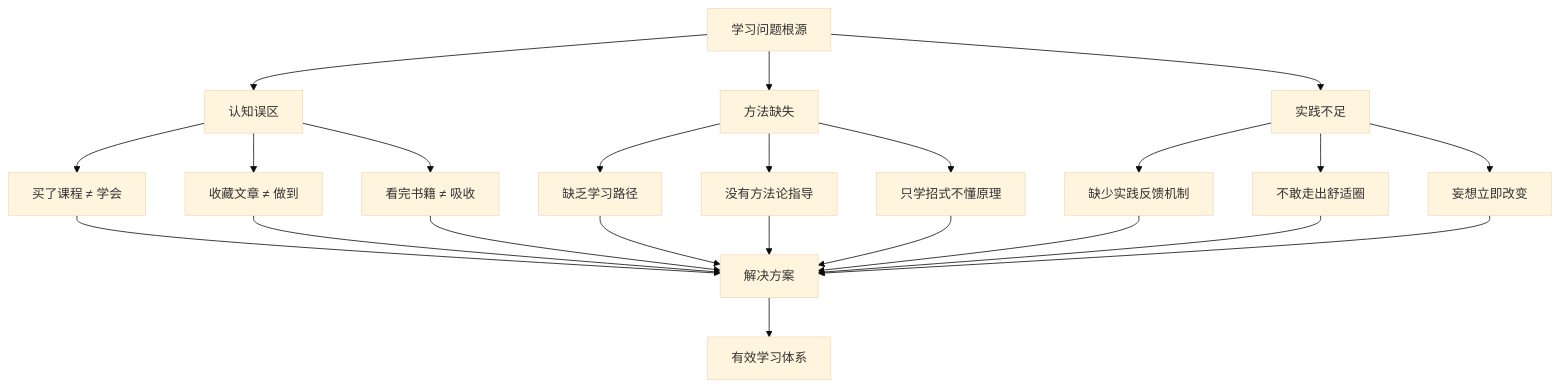
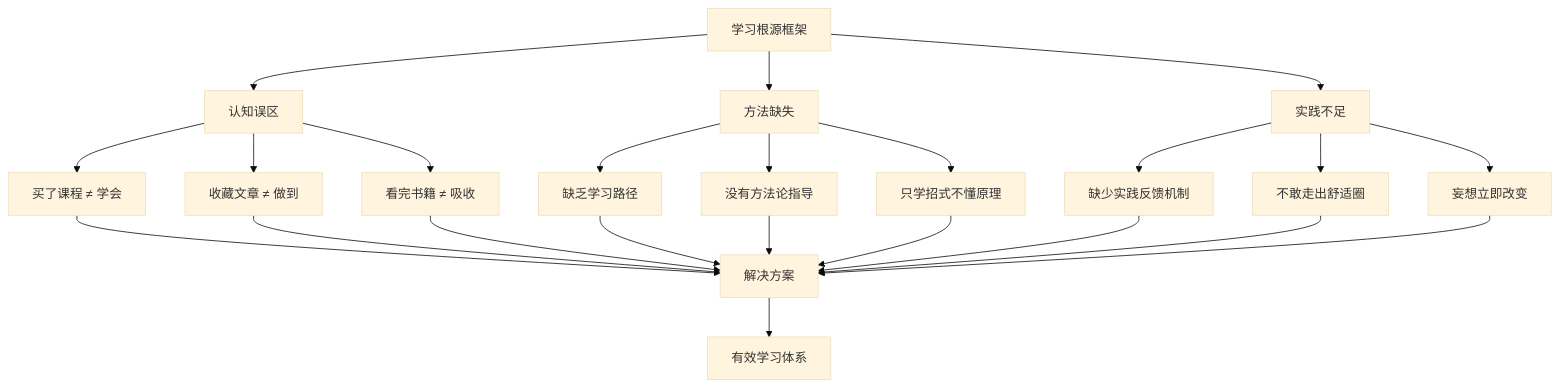
One commit to chongyang211/YCBookBlog changed the sixth of 8 diagrams in 10.自我进阶提升书/01.自我思考和挑战/1.1书的序言和介绍.md. Above: the diagram before and after it, drawn with Mermaid (base theme). The commit also changed other lines of this file, not shown here.

````diff
--- a/10.自我进阶提升书/01.自我思考和挑战/1.1书的序言和介绍.md
+++ b/10.自我进阶提升书/01.自我思考和挑战/1.1书的序言和介绍.md
@@ -148,30 +196,30 @@
 ```mermaid
 graph TD
-    A[学习问题根源] --> B[认知误区]
+    A[学习根源框架] --> B[认知误区]
     A --> C[方法缺失]
     A --> D[实践不足]
     
     B --> B1[买了课程 ≠ 学会]
     B --> B2[收藏文章 ≠ 做到]
     B --> B3[看完书籍 ≠ 吸收]
     
     C --> C1[缺乏学习路径]
     C --> C2[没有方法论指导]
     C --> C3[只学招式不懂原理]
     
     D --> D1[缺少实践反馈机制]
     D --> D2[不敢走出舒适圈]
     D --> D3[妄想立即改变]
     
     B1 --> E[解决方案]
     B2 --> E
     B3 --> E
     C1 --> E
     C2 --> E
     C3 --> E
     D1 --> E
     D2 --> E
     D3 --> E
     
     E --> F[有效学习体系]
 ```
````
